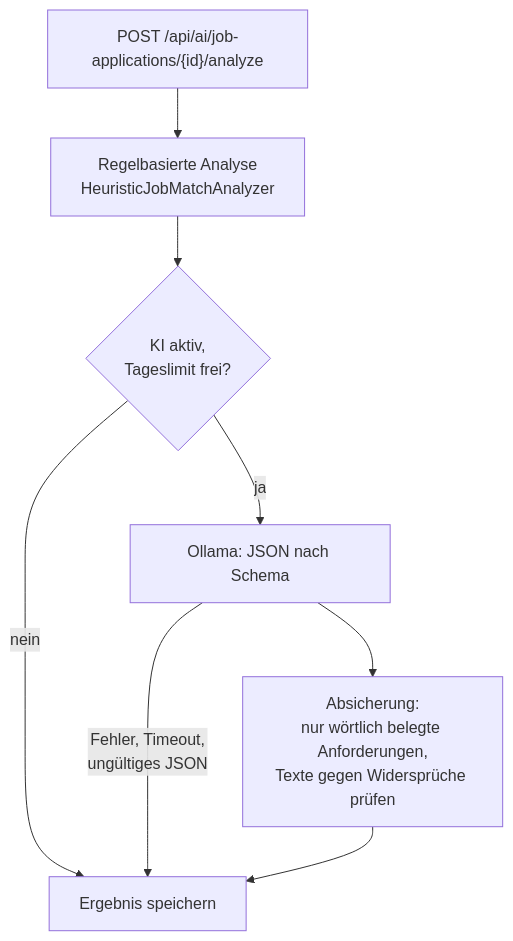
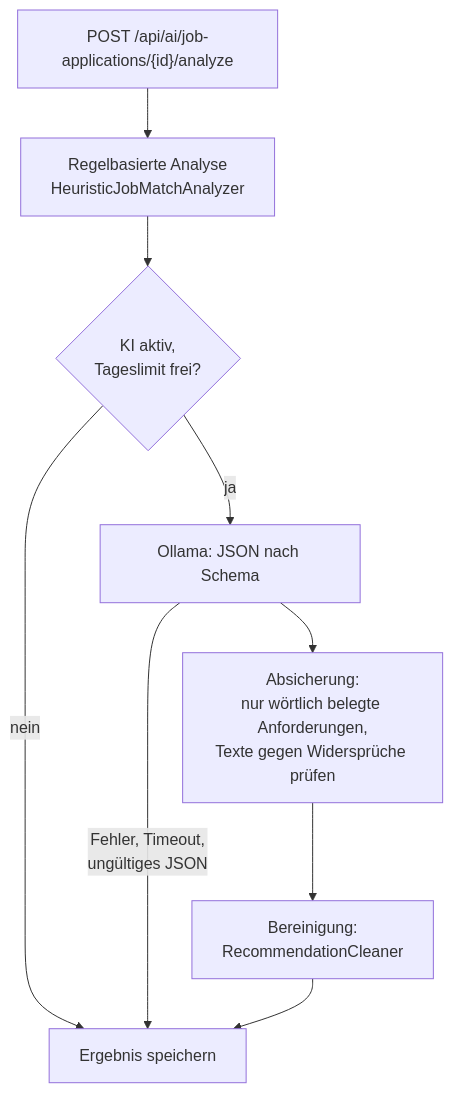
One commit to VictoryPro17/ITjobPolot-AI changed the third of 3 diagrams in docs/ARCHITEKTUR.md. Above: the diagram before and after it, drawn with Mermaid. The commit also changed other lines of this file and 37 other files, not shown here.

````diff
--- a/docs/ARCHITEKTUR.md
+++ b/docs/ARCHITEKTUR.md
@@ -185,10 +190,11 @@
 ```mermaid
 flowchart TD
     Start["POST /api/ai/job-applications/{id}/analyze"] --> Base["Regelbasierte Analyse<br/>HeuristicJobMatchAnalyzer"]
     Base --> Check{"KI aktiv,<br/>Tageslimit frei?"}
     Check -- nein --> Result["Ergebnis speichern"]
     Check -- ja --> Llm["Ollama: JSON nach Schema"]
     Llm -- Fehler, Timeout,<br/>ungültiges JSON --> Result
     Llm --> Guard["Absicherung:<br/>nur wörtlich belegte Anforderungen,<br/>Texte gegen Widersprüche prüfen"]
-    Guard --> Result
+    Guard --> Clean["Bereinigung:<br/>RecommendationCleaner"]
+    Clean --> Result
 ```
````
